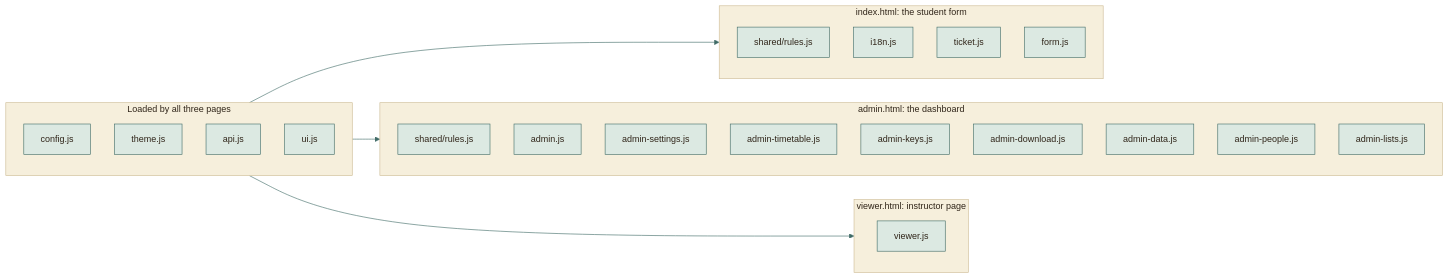
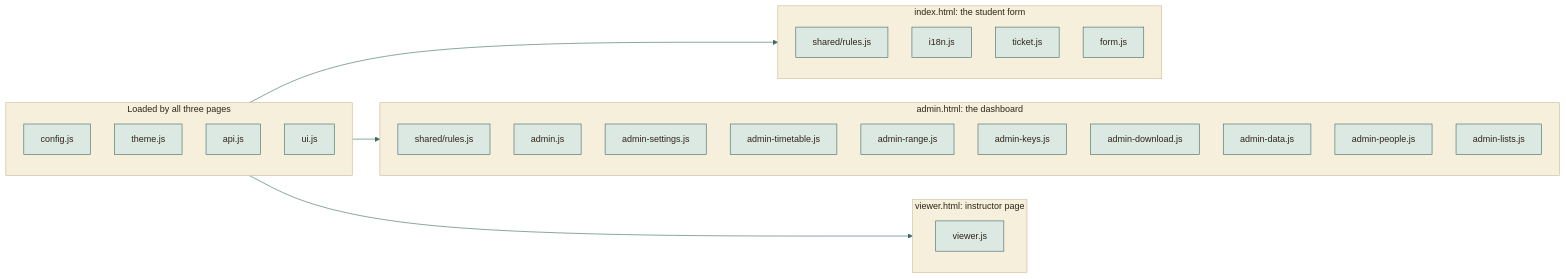
The second of 3 diagrams in docs/MODULES.md (moyeh04/forms-platform), drawn with Mermaid before and after one commit. The commit also changed other lines of this file and 6 other files, not shown here.

First line of the commit message:
feat(admin): Set the team size and the teammates with one range control

````diff
--- a/docs/MODULES.md
+++ b/docs/MODULES.md
@@ -58,60 +58,61 @@
 ```mermaid
 %%{init: {
   'theme': 'base',
   'themeVariables': {
     'fontFamily': 'ui-sans-serif, system-ui, -apple-system, Segoe UI, Roboto, sans-serif',
     'fontSize': '15px',
     'primaryColor': '#DCE9E2', 'primaryBorderColor': '#3F6B66', 'primaryTextColor': '#2F2418',
     'secondaryColor': '#F0E4C8', 'secondaryBorderColor': '#C9A24A', 'secondaryTextColor': '#2F2418',
     'tertiaryColor': '#F6EFDC', 'tertiaryBorderColor': '#CDBB94', 'tertiaryTextColor': '#2F2418',
     'lineColor': '#3F6B66', 'textColor': '#2F2418', 'mainBkg': '#DCE9E2', 'nodeBorder': '#3F6B66',
     'clusterBkg': '#F6EFDC', 'clusterBorder': '#CDBB94', 'titleColor': '#2F2418',
     'edgeLabelBackground': '#F8F1DD',
     'actorBkg': '#DCE9E2', 'actorBorder': '#3F6B66', 'actorTextColor': '#2F2418', 'actorLineColor': '#8FB3AB',
     'signalColor': '#477A73', 'signalTextColor': '#477A73',
     'labelBoxBkgColor': '#F0E4C8', 'labelBoxBorderColor': '#C9A24A', 'labelTextColor': '#2F2418', 'loopTextColor': '#6A5A44',
     'noteBkgColor': '#FBEFC9', 'noteBorderColor': '#C9A24A', 'noteTextColor': '#2F2418',
     'activationBkgColor': '#DCE9E2', 'activationBorderColor': '#3F6B66', 'sequenceNumberColor': '#F8F1DD',
     'transitionColor': '#3F6B66', 'stateLabelColor': '#2F2418', 'stateBkg': '#DCE9E2', 'altBackground': '#F6EFDC',
     'attributeBackgroundColorOdd': '#F8F1DD', 'attributeBackgroundColorEven': '#F0E4C8'
   },
   'flowchart': {'curve': 'basis', 'padding': 14, 'nodeSpacing': 40, 'rankSpacing': 46},
   'sequence': {'mirrorActors': false, 'messageMargin': 34, 'boxMargin': 8}
 }}%%
 flowchart LR
     subgraph common["Loaded by all three pages"]
         cfg["config.js"]
         th["theme.js"]
         api["api.js"]
         ui["ui.js"]
     end
     subgraph index["index.html: the student form"]
         r1["shared/rules.js"]
         i18n["i18n.js"]
         tk["ticket.js"]
         fm["form.js"]
     end
     subgraph admin["admin.html: the dashboard"]
         r2["shared/rules.js"]
         a1["admin.js"]
         a2["admin-settings.js"]
         a5["admin-timetable.js"]
+        a9["admin-range.js"]
         a7["admin-keys.js"]
         a8["admin-download.js"]
         a3["admin-data.js"]
         a4["admin-people.js"]
         a6["admin-lists.js"]
     end
     subgraph viewer["viewer.html: instructor page"]
         v1["viewer.js"]
     end
     common --> index
     common --> admin
     common --> viewer
     classDef cDb fill:#F3E2B3,stroke:#B8892D,stroke-width:1.5px,color:#2F2418
     classDef cActor fill:#F4D9D3,stroke:#9A3328,stroke-width:1.5px,color:#2F2418
     classDef cDec fill:#FBEFC9,stroke:#C9A24A,stroke-width:1.5px,color:#2F2418
     classDef cEnd fill:#2F2418,stroke:#2F2418,color:#F8F1DD
     classDef cErr fill:#F6D5CF,stroke:#A12B1F,stroke-width:1.5px,color:#5A140C
     classDef cOk fill:#BFD9CF,stroke:#2E5A55,stroke-width:1.5px,color:#17302D
 ```
````
